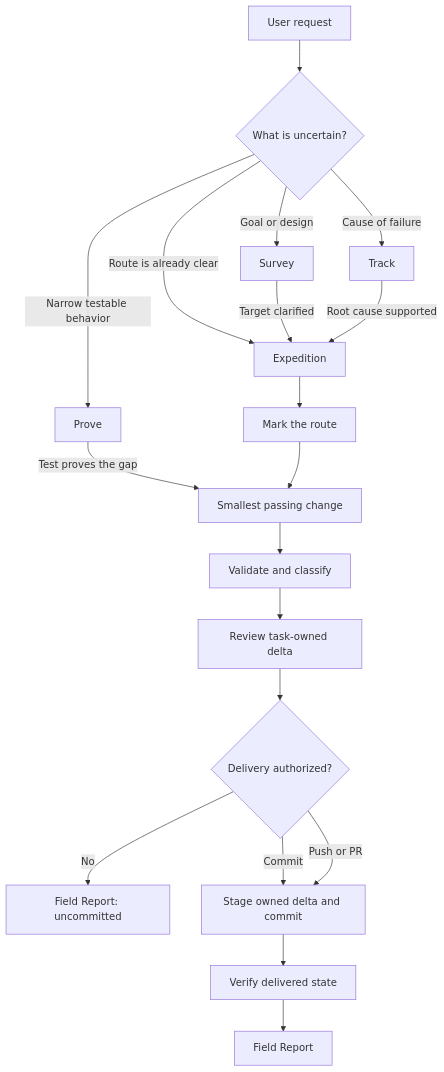
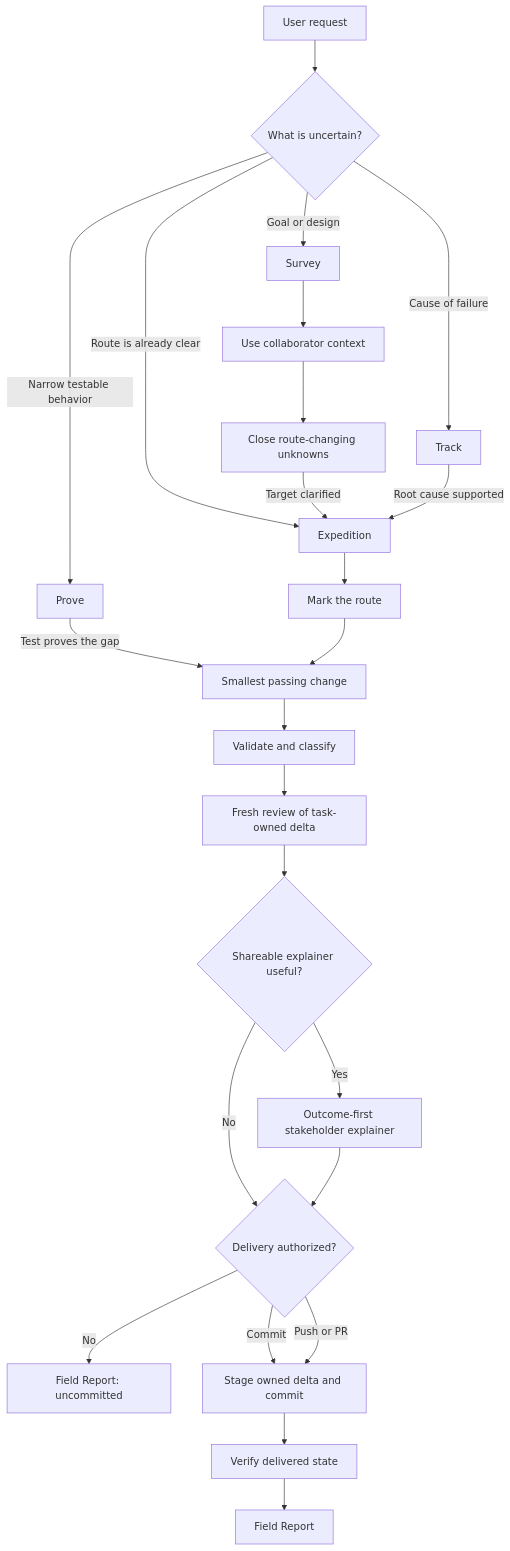
The first of 4 diagrams in README.md (abdul-shaikh-dev/code-territory-guide), drawn with Mermaid before and after one commit. The commit also changed other lines of this file and 14 other files, not shown here.

Commit message:
add collaborator context and stakeholder explainers

````diff
--- a/README.md
+++ b/README.md
@@ -11,21 +11,26 @@
 ```mermaid
 flowchart TD
     A[User request] --> B{What is uncertain?}
     B -->|Goal or design| S[Survey]
     B -->|Cause of failure| T[Track]
     B -->|Narrow testable behavior| P[Prove]
     B -->|Route is already clear| E[Expedition]
-    S -->|Target clarified| E
+    S --> SC[Use collaborator context]
+    SC --> U[Close route-changing unknowns]
+    U -->|Target clarified| E
     T -->|Root cause supported| E
     P -->|Test proves the gap| I[Smallest passing change]
     E --> R[Mark the route]
     R --> I
     I --> V[Validate and classify]
-    V --> O[Review task-owned delta]
-    O --> D{Delivery authorized?}
+    V --> O[Fresh review of task-owned delta]
+    O --> X{Shareable explainer useful?}
+    X -->|Yes| H[Outcome-first stakeholder explainer]
+    X -->|No| D{Delivery authorized?}
+    H --> D
     D -->|No| F[Field Report: uncommitted]
     D -->|Commit| C[Stage owned delta and commit]
     D -->|Push or PR| C
     C --> G[Verify delivered state]
     G --> F2[Field Report]
 ```
````
